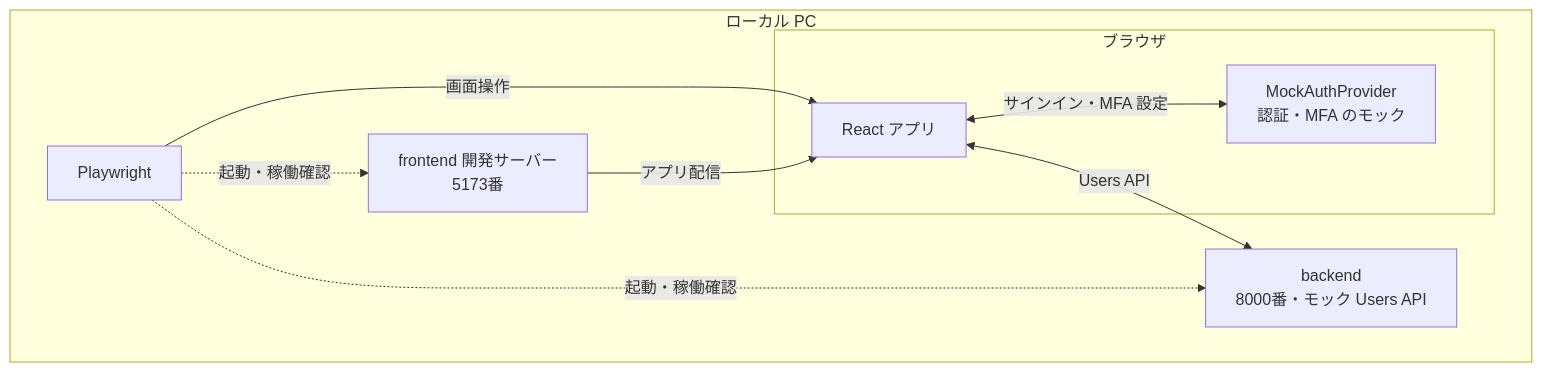
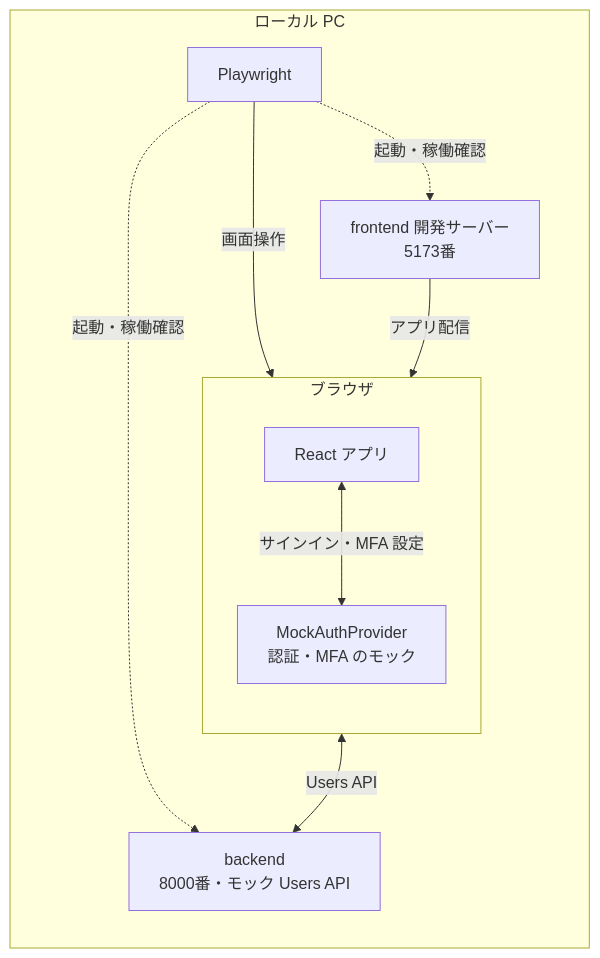
Before and after one commit to tayutaedomo/react-cognito-sandbox: the first of 2 diagrams in e2e/README.md, drawn with Mermaid. The commit also changed other lines of this file, not shown here.

First line of the commit message:
docs: 比較図の方向指定と目的別の見出しを統一する

````diff
--- a/e2e/README.md
+++ b/e2e/README.md
@@ -45,18 +45,20 @@
 ```mermaid
-flowchart TD
+flowchart TB
     subgraph Local["ローカル PC"]
+        direction TB
         P["Playwright"]
         F["frontend 開発サーバー<br/>5173番"]
         subgraph Browser["ブラウザ"]
+            direction TB
             R["React アプリ"]
             A["MockAuthProvider<br/>認証・MFA のモック"]
         end
         B["backend<br/>8000番・モック Users API"]
         P -->|画面操作| R
         P -.->|起動・稼働確認| F
         P -.->|起動・稼働確認| B
         F -->|アプリ配信| R
         R <-->|サインイン・MFA 設定| A
         R <-->|Users API| B
     end
 ```
````
